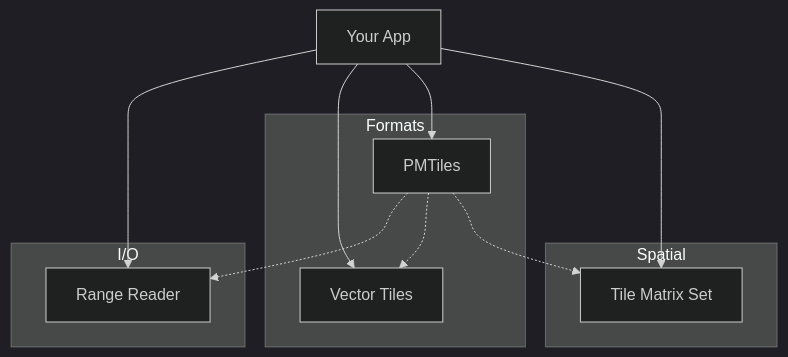
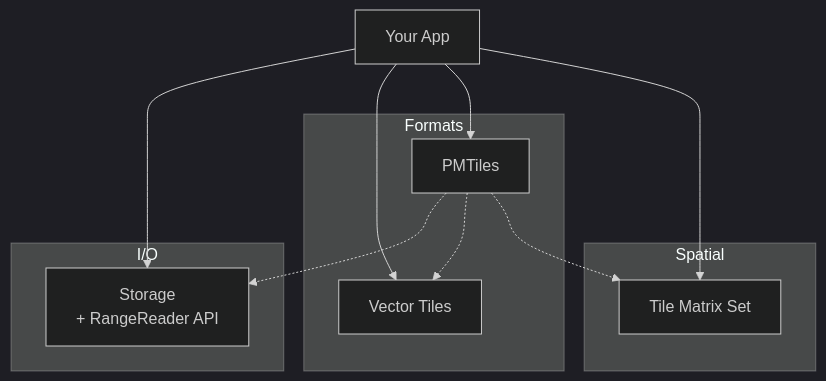
Before and after one commit to tileverse-io/tileverse: the diagram in docs/src/index.md, drawn with Mermaid (dark theme). The commit also changed other lines of this file and 338 other files, not shown here.

````diff
--- a/docs/src/index.md
+++ b/docs/src/index.md
@@ -26,26 +25,26 @@
 ```mermaid
 graph TD
     App[Your App]
-    
+
     subgraph "I/O"
-        RR[Range Reader]
+        ST[Storage<br/>+ RangeReader API]
     end
-    
+
     subgraph "Formats"
         VT[Vector Tiles]
         PMT[PMTiles]
     end
-    
+
     subgraph "Spatial"
         TMS[Tile Matrix Set]
     end
-    
-    App --> RR
+
+    App --> ST
     App --> VT
     App --> PMT
     App --> TMS
-    
-    PMT -.-> RR
+
+    PMT -.-> ST
     PMT -.-> VT
     PMT -.-> TMS
 ```
````
